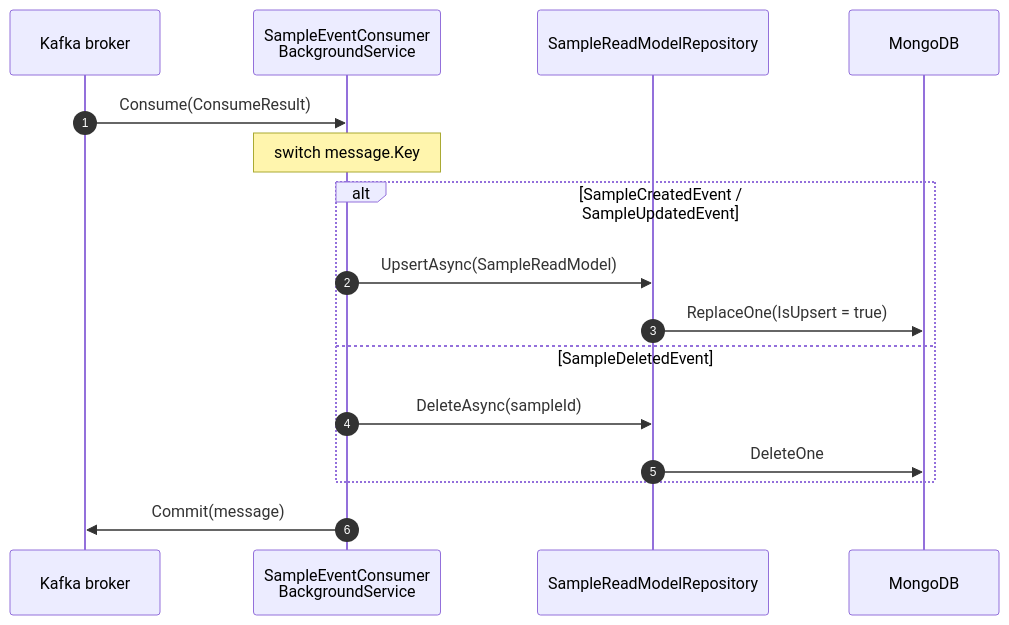
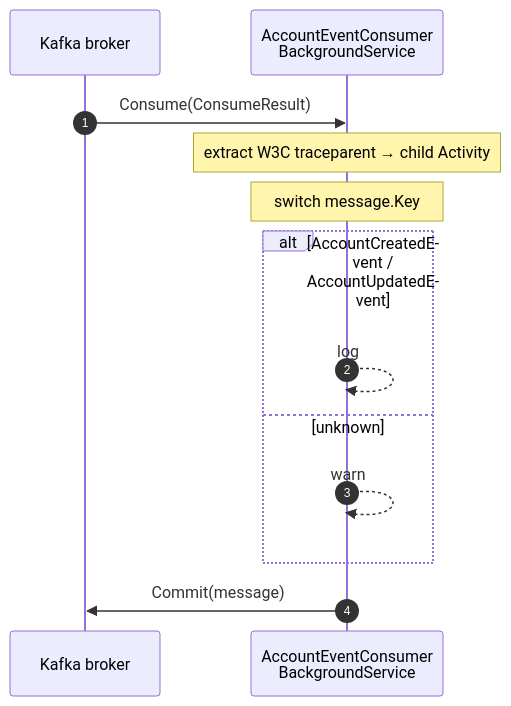
Before and after one commit to lurodrisilva/net-hexagonal: the second of 2 diagrams in docs/events.md, drawn with Mermaid. The commit also changed other lines of this file and 10 other files, not shown here.

````diff
--- a/docs/events.md
+++ b/docs/events.md
@@ -104,19 +100,16 @@
 ```mermaid
 sequenceDiagram
     autonumber
     participant KB as Kafka broker
-    participant C as SampleEventConsumer<br/>BackgroundService
-    participant R as SampleReadModelRepository
-    participant M as MongoDB
+    participant C as AccountEventConsumer<br/>BackgroundService
 
     KB->>C: Consume(ConsumeResult)
+    Note over C: extract W3C traceparent → child Activity
     Note over C: switch message.Key
-    alt SampleCreatedEvent / SampleUpdatedEvent
-        C->>R: UpsertAsync(SampleReadModel)
-        R->>M: ReplaceOne(IsUpsert = true)
-    else SampleDeletedEvent
-        C->>R: DeleteAsync(sampleId)
-        R->>M: DeleteOne
+    alt AccountCreatedEvent / AccountUpdatedEvent
+        C-->>C: log
+    else unknown
+        C-->>C: warn
     end
     C->>KB: Commit(message)
 ```
````
